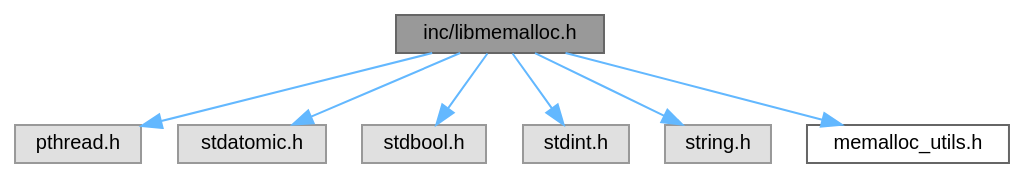
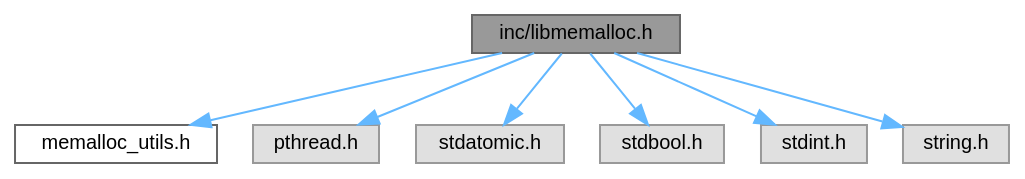
Before and after one commit to RafaelVVolkmer/libmemalloc: the diagram in libmemalloc_8h__incl.dot, drawn with Graphviz. The commit also changed 34 other files, not shown here.

```diff
--- a/libmemalloc_8h__incl.dot
+++ b/libmemalloc_8h__incl.dot
@@ -1,20 +1,20 @@
 digraph "inc/libmemalloc.h"
 {
  // LATEX_PDF_SIZE
   bgcolor="transparent";
   edge [fontname=Helvetica,fontsize=10,labelfontname=Helvetica,labelfontsize=10];
   node [fontname=Helvetica,fontsize=10,shape=box,height=0.2,width=0.4];
   Node1 [id="Node000001",label="inc/libmemalloc.h",height=0.2,width=0.4,color="gray40", fillcolor="grey60", style="filled", fontcolor="black",tooltip=" "];
   Node1 -> Node2 [id="edge1_Node000001_Node000002",color="steelblue1",style="solid",tooltip=" "];
-  Node2 [id="Node000002",label="pthread.h",height=0.2,width=0.4,color="grey60", fillcolor="#E0E0E0", style="filled",tooltip=" "];
+  Node2 [id="Node000002",label="memalloc_utils.h",height=0.2,width=0.4,color="grey40", fillcolor="white", style="filled",URL="$memalloc__utils_8h.html",tooltip=" "];
   Node1 -> Node3 [id="edge2_Node000001_Node000003",color="steelblue1",style="solid",tooltip=" "];
-  Node3 [id="Node000003",label="stdatomic.h",height=0.2,width=0.4,color="grey60", fillcolor="#E0E0E0", style="filled",tooltip=" "];
+  Node3 [id="Node000003",label="pthread.h",height=0.2,width=0.4,color="grey60", fillcolor="#E0E0E0", style="filled",tooltip=" "];
   Node1 -> Node4 [id="edge3_Node000001_Node000004",color="steelblue1",style="solid",tooltip=" "];
-  Node4 [id="Node000004",label="stdbool.h",height=0.2,width=0.4,color="grey60", fillcolor="#E0E0E0", style="filled",tooltip=" "];
+  Node4 [id="Node000004",label="stdatomic.h",height=0.2,width=0.4,color="grey60", fillcolor="#E0E0E0", style="filled",tooltip=" "];
   Node1 -> Node5 [id="edge4_Node000001_Node000005",color="steelblue1",style="solid",tooltip=" "];
-  Node5 [id="Node000005",label="stdint.h",height=0.2,width=0.4,color="grey60", fillcolor="#E0E0E0", style="filled",tooltip=" "];
+  Node5 [id="Node000005",label="stdbool.h",height=0.2,width=0.4,color="grey60", fillcolor="#E0E0E0", style="filled",tooltip=" "];
   Node1 -> Node6 [id="edge5_Node000001_Node000006",color="steelblue1",style="solid",tooltip=" "];
-  Node6 [id="Node000006",label="string.h",height=0.2,width=0.4,color="grey60", fillcolor="#E0E0E0", style="filled",tooltip=" "];
+  Node6 [id="Node000006",label="stdint.h",height=0.2,width=0.4,color="grey60", fillcolor="#E0E0E0", style="filled",tooltip=" "];
   Node1 -> Node7 [id="edge6_Node000001_Node000007",color="steelblue1",style="solid",tooltip=" "];
-  Node7 [id="Node000007",label="memalloc_utils.h",height=0.2,width=0.4,color="grey40", fillcolor="white", style="filled",URL="$memalloc__utils_8h.html",tooltip=" "];
+  Node7 [id="Node000007",label="string.h",height=0.2,width=0.4,color="grey60", fillcolor="#E0E0E0", style="filled",tooltip=" "];
 }
```
